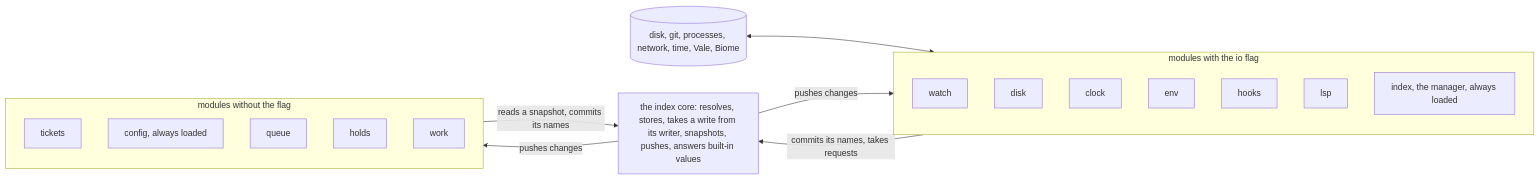
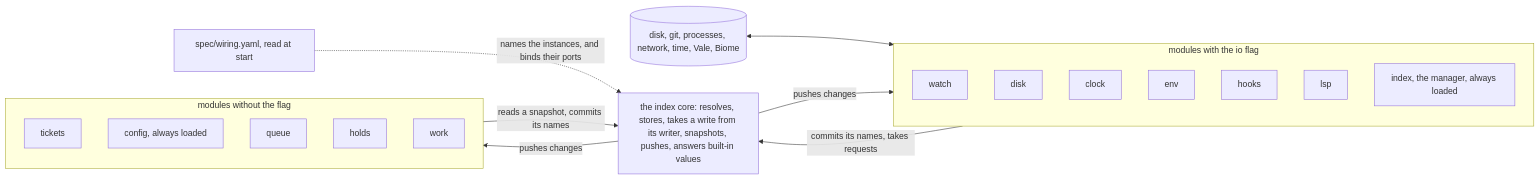
The first of 9 diagrams in spec/design_output/model.md (mb-89/quackitect), drawn with Mermaid before and after one commit. The commit also changed other lines of this file and 6 other files, not shown here.

First line of the commit message:
the-foundation-closes-its-gaps: a module declares local ports, and one wiring file binds them

````diff
--- a/spec/design_output/model.md
+++ b/spec/design_output/model.md
@@ -30,26 +30,28 @@
 ```mermaid
 flowchart LR
   outside[("disk, git, processes, network, time, Vale, Biome")]
   subgraph io["modules with the io flag"]
     watch["watch"]
     disk["disk"]
     clock["clock"]
     envio["env"]
     hooks["hooks"]
     lsp["lsp"]
     manager["index, the manager, always loaded"]
   end
   subgraph compute["modules without the flag"]
     tickets["tickets"]
     config["config, always loaded"]
     queue["queue"]
     holds["holds"]
     work["work"]
   end
   core["the index core: resolves, stores, takes a write from its writer, snapshots, pushes, answers built-in values"]
+  wiring["spec/wiring.yaml, read at start"]
+  wiring -. "names the instances, and binds their ports" .-> core
   outside <--> io
   io -- "commits its names, takes requests" --> core
   compute -- "reads a snapshot, commits its names" --> core
   core -- "pushes changes" --> io
   core -- "pushes changes" --> compute
 ```
````
